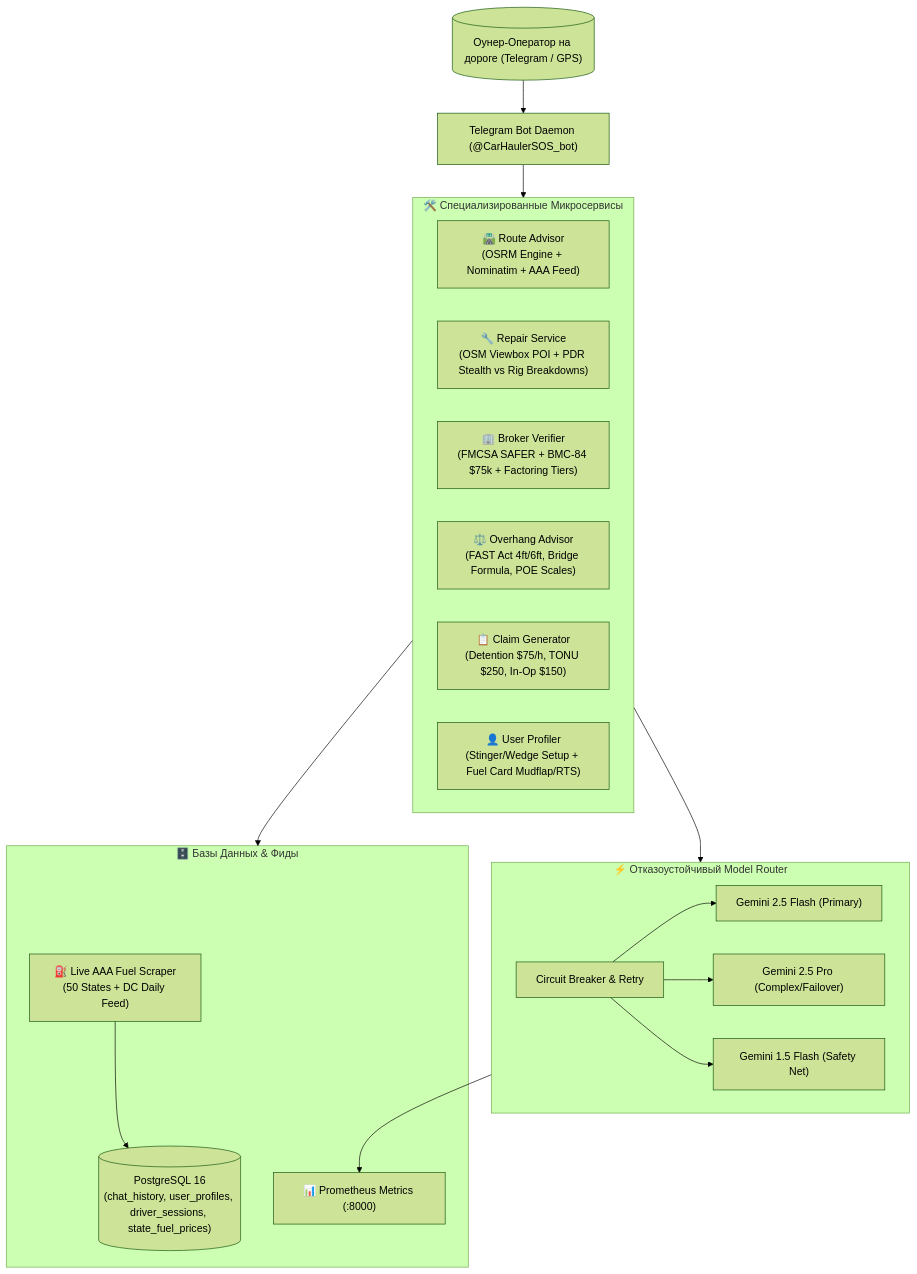
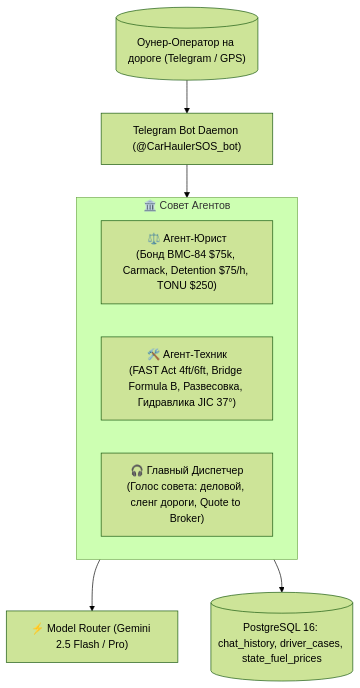
The first of 2 diagrams in README.md (barii-fedorov/car-hauling-dispatch-hub), drawn with Mermaid (forest theme) before and after one commit. The commit also changed other lines of this file and 3 other files, not shown here.

````diff
--- a/README.md
+++ b/README.md
@@ -50,35 +52,14 @@
 ```mermaid
 flowchart TD
     Driver[("Оунер-Оператор на дороге (Telegram / GPS)")] --> Daemon["Telegram Bot Daemon (@CarHaulerSOS_bot)"]
     
-    subgraph CoreServices ["🛠️ Специализированные Микросервисы"]
-        RouteSvc["🛣️ Route Advisor\n(OSRM Engine + Nominatim + AAA Feed)"]
-        RepairSvc["🔧 Repair Service\n(OSM Viewbox POI + PDR Stealth vs Rig Breakdowns)"]
-        BrokerSvc["🏢 Broker Verifier\n(FMCSA SAFER + BMC-84 $75k + Factoring Tiers)"]
-        OverhangSvc["⚖️ Overhang Advisor\n(FAST Act 4ft/6ft, Bridge Formula, POE Scales)"]
-        ClaimSvc["📋 Claim Generator\n(Detention $75/h, TONU $250, In-Op $150)"]
-        ProfileSvc["👤 User Profiler\n(Stinger/Wedge Setup + Fuel Card Mudflap/RTS)"]
+    subgraph Council ["🏛️ Совет Агентов"]
+        Lawyer["⚖️ Агент-Юрист\n(Бонд BMC-84 $75k, Carmack, Detention $75/h, TONU $250)"]
+        Tech["🛠️ Агент-Техник\n(FAST Act 4ft/6ft, Bridge Formula B, Развесовка, Гидравлика JIC 37°)"]
+        Dispatcher["🎧 Главный Диспетчер\n(Голос совета: деловой, сленг дороги, Quote to Broker)"]
     end
     
-    subgraph ModelRouting ["⚡ Отказоустойчивый Model Router"]
-        MR["Circuit Breaker & Retry"]
-        M1["Gemini 2.5 Flash (Primary)"]
-        M2["Gemini 2.5 Pro (Complex/Failover)"]
-        M3["Gemini 1.5 Flash (Safety Net)"]
-        MR --> M1
-        MR --> M2
-        MR --> M3
-    end
-
-    subgraph DataTier ["🗄️ Базы Данных & Фиды"]
-        Postgres[("PostgreSQL 16\n(chat_history, user_profiles, driver_sessions, state_fuel_prices)")]
-        AAAScraper["⛽ Live AAA Fuel Scraper\n(50 States + DC Daily Feed)"]
-        Prometheus["📊 Prometheus Metrics (:8000)"]
-    end
-
-    Daemon --> CoreServices
-    CoreServices --> ModelRouting
-    CoreServices --> DataTier
-    AAAScraper --> Postgres
-    ModelRouting --> Prometheus
+    Daemon --> Council
+    Council --> ModelRouter["⚡ Model Router (Gemini 2.5 Flash / Pro)"]
+    Council --> DataLayer[("PostgreSQL 16: chat_history, driver_cases, state_fuel_prices")]
 ```
````
